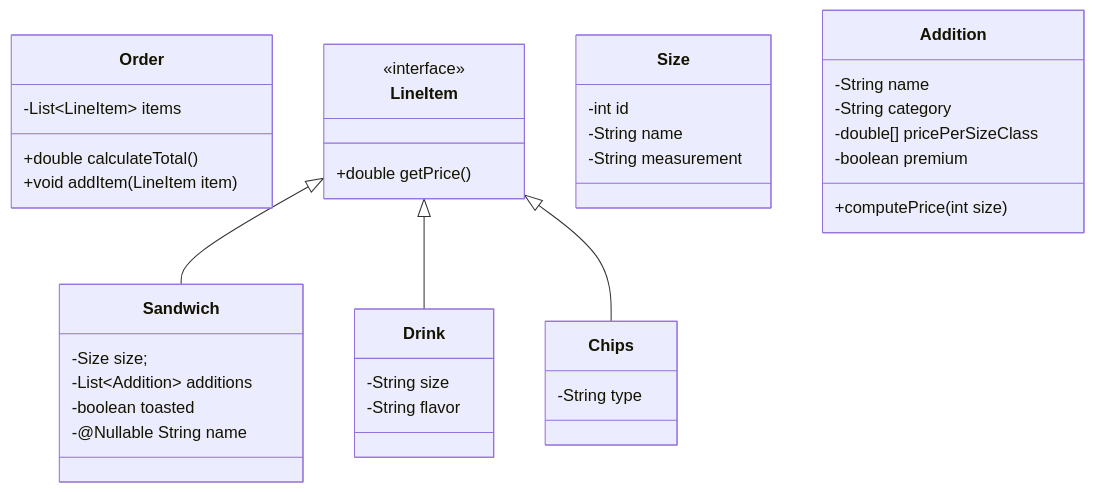
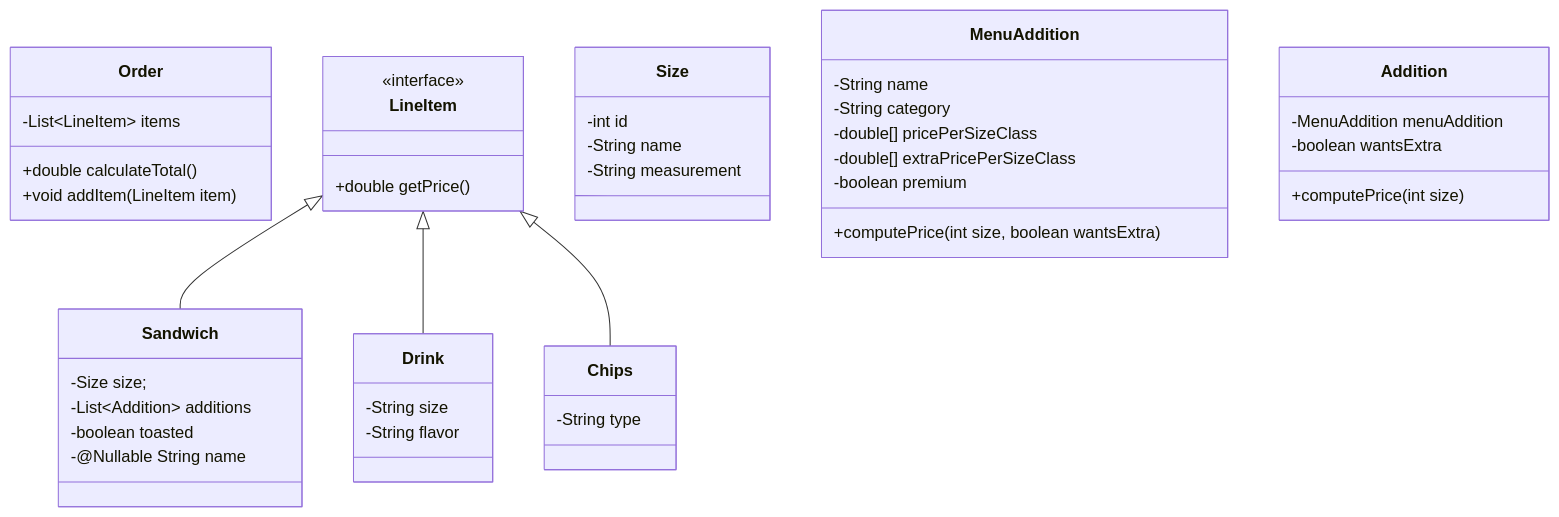
The first of 4 diagrams in diagrams/class_diagrams.md (yuujn/nuclear-subs), drawn with Mermaid before and after one commit. The commit also changed other lines of this file and 2 other files, not shown here.

Commit message:
fill out Addition class, split out MenuAddition class

````diff
--- a/diagrams/class_diagrams.md
+++ b/diagrams/class_diagrams.md
@@ -3,43 +3,49 @@
 ```mermaid
 classDiagram
     class Order {
         -List&lt;LineItem&gt; items
         +double calculateTotal()
         +void addItem(LineItem item)
     }
     class LineItem {
         <<interface>>
         +double getPrice()
     }
 
     class Size {
         -int id
         -String name
         -String measurement
     }
 
     LineItem <|-- Sandwich
     class Sandwich {
         -Size size;
         -List&lt;Addition&gt; additions
         -boolean toasted
         -@Nullable String name
     }
-    class Addition {
+    class MenuAddition {
         -String name
         -String category
         -double[] pricePerSizeClass
+        -double[] extraPricePerSizeClass
         -boolean premium
+        +computePrice(int size, boolean wantsExtra)
+    }
+    class Addition {
+        -MenuAddition menuAddition
+        -boolean wantsExtra
         +computePrice(int size)
     }
     
     LineItem <|-- Drink
     class Drink {
         -String size
         -String flavor
     }
     LineItem <|-- Chips
     class Chips {
         -String type
     }
 ```
````
